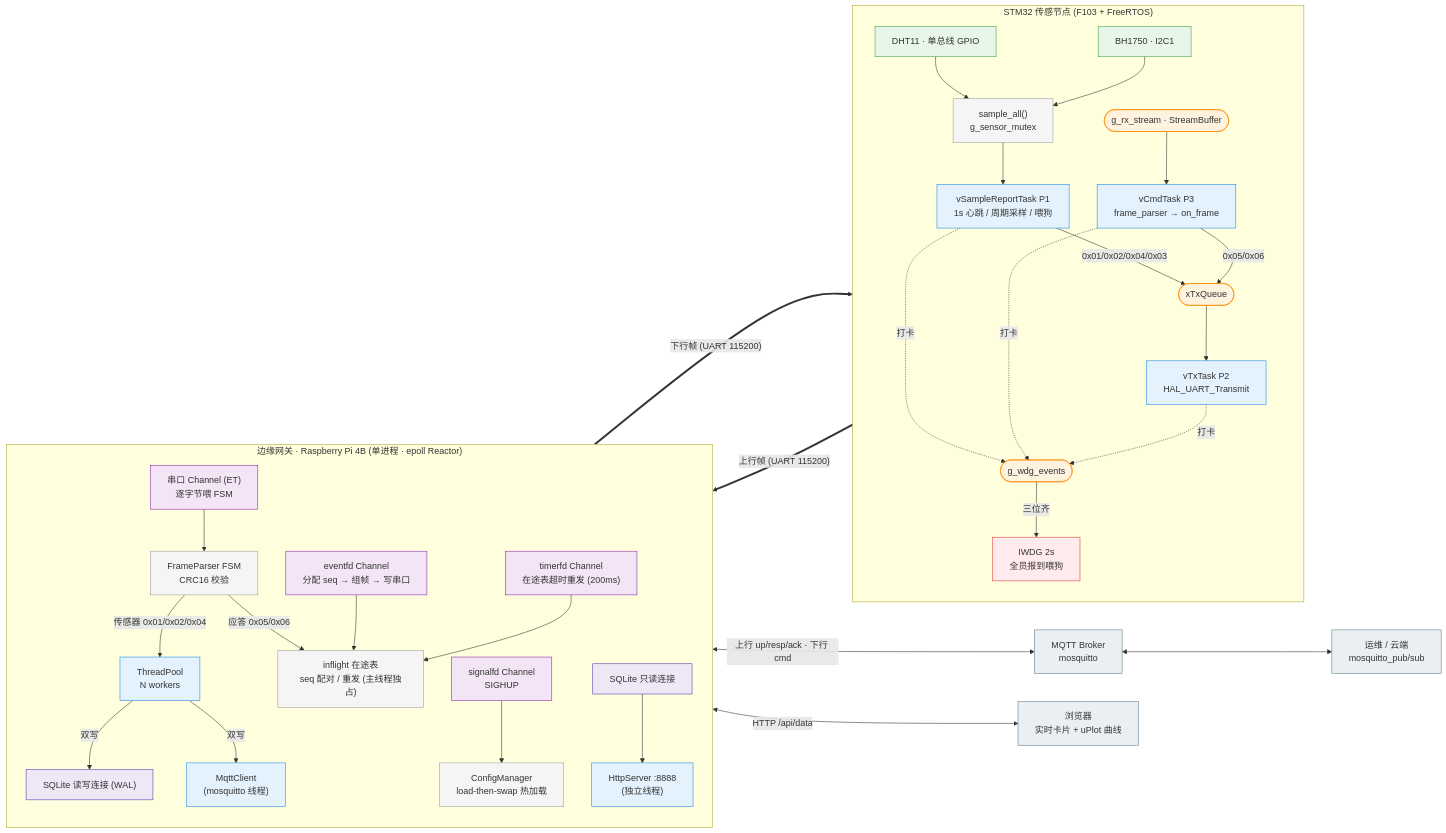
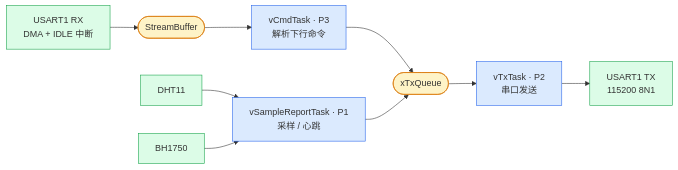
Before and after one commit to manbaaa-out/embedded-edge-gateway: the third of 3 diagrams in README.md, drawn with Mermaid. The commit also changed other lines of this file, not shown here.

Commit message:
docs: 重绘架构图 —— 总览 / 内部 / 节点三张分层图
- 拆成「系统总览(context)+ 网关内部 + 节点数据通路」三张聚焦图,替代原先
  一张挤满盒子、连线交叉的大图
- 网关内部用实线=上行数据面、虚线=下行控制面,单向布局不再交叉
- 收敛配色到蓝/绿/琥珀三色,语义化形状(圆柱=DB、椭圆=队列)

````diff
--- a/README.md
+++ b/README.md
@@ -53,69 +102,22 @@
 ```mermaid
 flowchart LR
-  OPS["运维 / 云端<br/>mosquitto_pub/sub"]:::ext
-  BROKER["MQTT Broker<br/>mosquitto"]:::ext
-  WEB["浏览器<br/>实时卡片 + uPlot 曲线"]:::ext
-
-  subgraph NODE["STM32 传感节点 (F103 + FreeRTOS)"]
-    direction TB
-    DHT["DHT11 · 单总线 GPIO"]:::sens
-    BH["BH1750 · I2C1"]:::sens
-    SMP["sample_all()<br/>g_sensor_mutex"]:::glue
-    SAMP["vSampleReportTask P1<br/>1s 心跳 / 周期采样 / 喂狗"]:::task
-    CMDN["vCmdTask P3<br/>frame_parser → on_frame"]:::task
-    TXN["vTxTask P2<br/>HAL_UART_Transmit"]:::task
-    TXQ(["xTxQueue"]):::ipc
-    RXS(["g_rx_stream · StreamBuffer"]):::ipc
-    EG(["g_wdg_events"]):::ipc
-    WDGN["IWDG 2s<br/>全员报到喂狗"]:::wd
-    DHT --> SMP
-    BH --> SMP
-    SMP --> SAMP
-    SAMP -->|"0x01/0x02/0x04/0x03"| TXQ
-    CMDN -->|"0x05/0x06"| TXQ
-    TXQ --> TXN
-    RXS --> CMDN
-    SAMP & CMDN & TXN -.->|打卡| EG
-    EG -->|三位齐| WDGN
-  end
-
-  subgraph GW["边缘网关 · Raspberry Pi 4B (单进程 · epoll Reactor)"]
-    direction TB
-    SCH["串口 Channel (ET)<br/>逐字节喂 FSM"]:::ch
-    EVCH["eventfd Channel<br/>分配 seq → 组帧 → 写串口"]:::ch
-    TMCH["timerfd Channel<br/>在途表超时重发 (200ms)"]:::ch
-    SGCH["signalfd Channel<br/>SIGHUP"]:::ch
-    FSM["FrameParser FSM<br/>CRC16 校验"]:::glue
-    INF["inflight 在途表<br/>seq 配对 / 重发 (主线程独占)"]:::glue
-    POOL["ThreadPool<br/>N workers"]:::task
-    DBRW["SQLite 读写连接 (WAL)"]:::db
-    DBRO["SQLite 只读连接"]:::db
-    MQ["MqttClient<br/>(mosquitto 线程)"]:::task
-    HTTP["HttpServer :8888<br/>(独立线程)"]:::task
-    CFG["ConfigManager<br/>load-then-swap 热加载"]:::glue
-    SCH --> FSM
-    FSM -->|"传感器 0x01/0x02/0x04"| POOL
-    FSM -->|"应答 0x05/0x06"| INF
-    POOL -->|双写| DBRW
-    POOL -->|双写| MQ
-    EVCH --> INF
-    TMCH --> INF
-    SGCH --> CFG
-    DBRO --> HTTP
-  end
-
-  TXN ==>|"上行帧 (UART 115200)"| SCH
-  EVCH ==>|"下行帧 (UART 115200)"| RXS
-  MQ <-->|"上行 up/resp/ack · 下行 cmd"| BROKER
-  BROKER <--> OPS
-  HTTP <-->|"HTTP /api/data"| WEB
-
-  classDef ext fill:#eceff1,stroke:#607d8b
-  classDef sens fill:#e8f5e9,stroke:#43a047
-  classDef task fill:#e3f2fd,stroke:#1e88e5
-  classDef ipc fill:#fff3e0,stroke:#fb8c00
-  classDef ch fill:#f3e5f5,stroke:#8e24aa
-  classDef db fill:#ede7f6,stroke:#5e35b1
-  classDef wd fill:#ffebee,stroke:#e53935
-  classDef glue fill:#f5f5f5,stroke:#9e9e9e
+  DHT["DHT11"]:::sens
+  BH["BH1750"]:::sens
+  RX["USART1 RX<br/>DMA + IDLE 中断"]:::hw
+  RXS(["StreamBuffer"]):::ipc
+  CMD["vCmdTask · P3<br/>解析下行命令"]:::task
+  SAMP["vSampleReportTask · P1<br/>采样 / 心跳"]:::task
+  TXQ(["xTxQueue"]):::ipc
+  TX["vTxTask · P2<br/>串口发送"]:::task
+  OUT["USART1 TX<br/>115200 8N1"]:::hw
+  DHT --> SAMP
+  BH --> SAMP
+  RX --> RXS --> CMD
+  CMD --> TXQ
+  SAMP --> TXQ
+  TXQ --> TX --> OUT
+  classDef sens fill:#dcfce7,stroke:#16a34a
+  classDef hw fill:#dcfce7,stroke:#16a34a
+  classDef ipc fill:#fef3c7,stroke:#d97706
+  classDef task fill:#dbeafe,stroke:#2563eb
 ```
````
